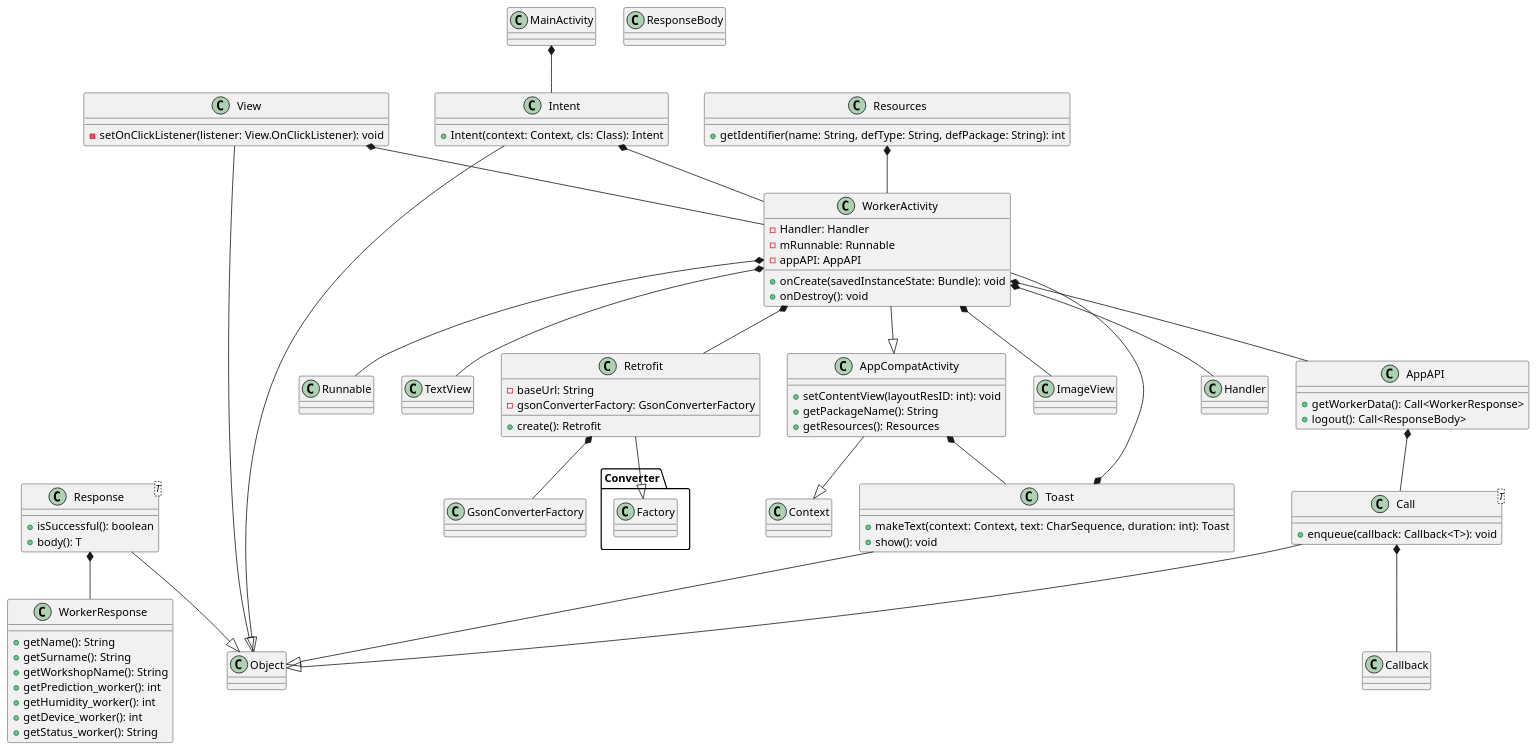
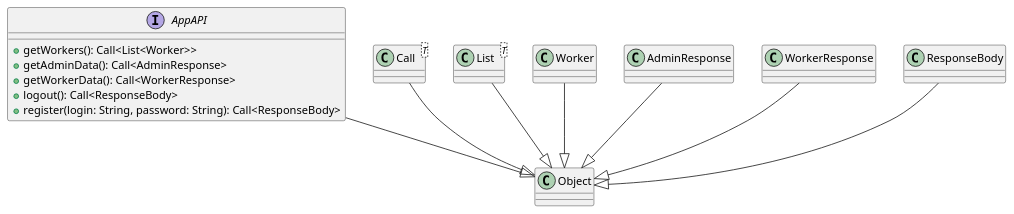
One commit to EgorCry/MonitoringApp changed the diagram in app/src/main/java/com/example/monitoringapp/AdminActivity.puml. Above: the diagram before and after it, drawn with PlantUML. The commit also changed 3 other files, not shown here.

Commit message:
Added Diagrams

```diff
--- a/app/src/main/java/com/example/monitoringapp/AdminActivity.puml
+++ b/app/src/main/java/com/example/monitoringapp/AdminActivity.puml
@@ -1,103 +1,36 @@
 @startuml
-class WorkerActivity {
-    - Handler: Handler
-    - mRunnable: Runnable
-    - appAPI: AppAPI
-    + onCreate(savedInstanceState: Bundle): void
-    + onDestroy(): void
-}
-
-class Retrofit {
-    - baseUrl: String
-    - gsonConverterFactory: GsonConverterFactory
-    + create(): Retrofit
-}
-
-class TextView {
-}
-
-class ImageView {
+interface AppAPI {
+    + getWorkers(): Call<List<Worker>>
+    + getAdminData(): Call<AdminResponse>
+    + getWorkerData(): Call<WorkerResponse>
+    + logout(): Call<ResponseBody>
+    + register(login: String, password: String): Call<ResponseBody>
 }
 
 class Call<T> {
-    + enqueue(callback: Callback<T>): void
 }
 
-class Response<T> {
-    + isSuccessful(): boolean
-    + body(): T
+class List<T> {
+}
+
+class Worker {
+}
+
+class AdminResponse {
 }
 
 class WorkerResponse {
-    + getName(): String
-    + getSurname(): String
-    + getWorkshopName(): String
-    + getPrediction_worker(): int
-    + getHumidity_worker(): int
-    + getDevice_worker(): int
-    + getStatus_worker(): String
-}
-
-class Toast {
-    + makeText(context: Context, text: CharSequence, duration: int): Toast
-    + show(): void
-}
-
-class Intent {
-    + Intent(context: Context, cls: Class): Intent
-}
-
-class MainActivity {
-}
-
-class AppAPI {
-    + getWorkerData(): Call<WorkerResponse>
-    + logout(): Call<ResponseBody>
 }
 
 class ResponseBody {
 }
 
-class View {
-    - setOnClickListener(listener: View.OnClickListener): void
-}
-
-class AppCompatActivity {
-    + setContentView(layoutResID: int): void
-    + getPackageName(): String
-    + getResources(): Resources
-}
-
-class Resources {
-    + getIdentifier(name: String, defType: String, defPackage: String): int
-}
-
-WorkerActivity --|> AppCompatActivity
-AppCompatActivity --|> Context
-Retrofit --|> Converter.Factory
+AppAPI --|> Object
 Call --|> Object
-Response --|> Object
-Intent --|> Object
-Toast --|> Object
-View --|> Object
-
-WorkerActivity *-- Handler
-WorkerActivity *-- Runnable
-WorkerActivity *-- AppAPI
-WorkerActivity *-- Retrofit
-WorkerActivity *-- TextView
-WorkerActivity *-- ImageView
-
-AppAPI *-- Call
-Retrofit *-- GsonConverterFactory
-
-Call *-- Callback
-Response *-- WorkerResponse
-Toast *-- WorkerActivity
-Intent *-- WorkerActivity
-MainActivity *-- Intent
-AppCompatActivity *-- Toast
-Resources *-- WorkerActivity
-View *-- WorkerActivity
+List --|> Object
+Worker --|> Object
+AdminResponse --|> Object
+WorkerResponse --|> Object
+ResponseBody --|> Object
 
 @enduml
```
